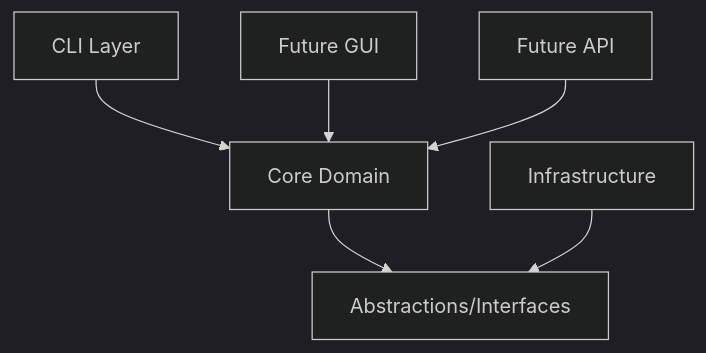
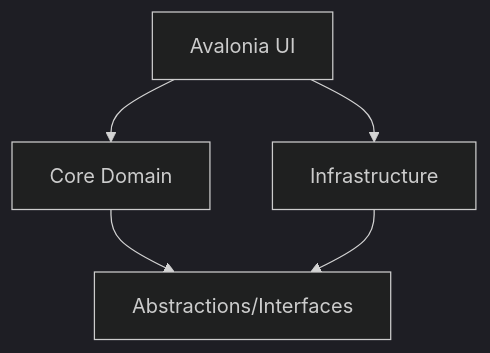
One commit to jirihalaska/docx-template-cli changed the diagram in docs/architecture.md. Above: the diagram before and after it, drawn with Mermaid (dark theme). The commit also changed other lines of this file and 50 other files, not shown here.

````diff
--- a/docs/architecture.md
+++ b/docs/architecture.md
@@ -19,8 +19,7 @@
 ```mermaid
 graph TB
-    CLI[CLI Layer] --> Core[Core Domain]
-    GUI[Future GUI] --> Core
-    API[Future API] --> Core
+    UI[Avalonia UI] --> Core[Core Domain]
+    UI --> Infrastructure[Infrastructure]
     Core --> Abstractions[Abstractions/Interfaces]
-    Infrastructure[Infrastructure] --> Abstractions
+    Infrastructure --> Abstractions
 ```
````
